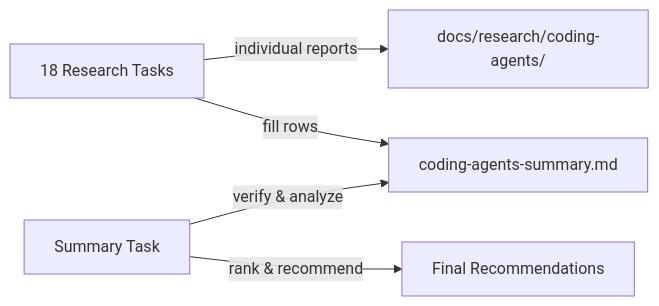
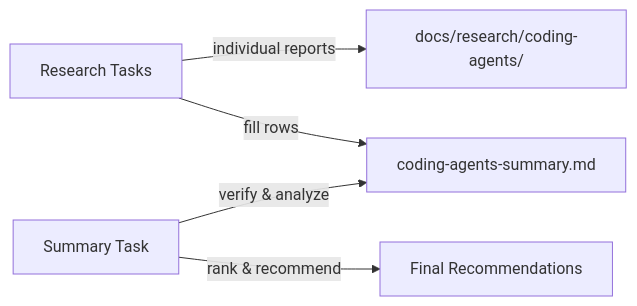
One commit to prikotov/task-orchestrator changed the diagram in todo/done/EPIC-research-coding-agents-comparison.md. Above: the diagram before and after it, drawn with Mermaid. The commit also changed other lines of this file and 4 other files, not shown here.

First line of the commit message:
docs(research): add Deep Agents comparison (#345)

````diff
--- a/todo/done/EPIC-research-coding-agents-comparison.md
+++ b/todo/done/EPIC-research-coding-agents-comparison.md
@@ -82,7 +82,7 @@
 ```mermaid
 flowchart LR
-    A[18 Research Tasks] -->|individual reports| B[docs/research/coding-agents/]
+    A[Research Tasks] -->|individual reports| B[docs/research/coding-agents/]
     A -->|fill rows| C[coding-agents-summary.md]
     D[Summary Task] -->|verify & analyze| C
     D -->|rank & recommend| E[Final Recommendations]
 ```
````
